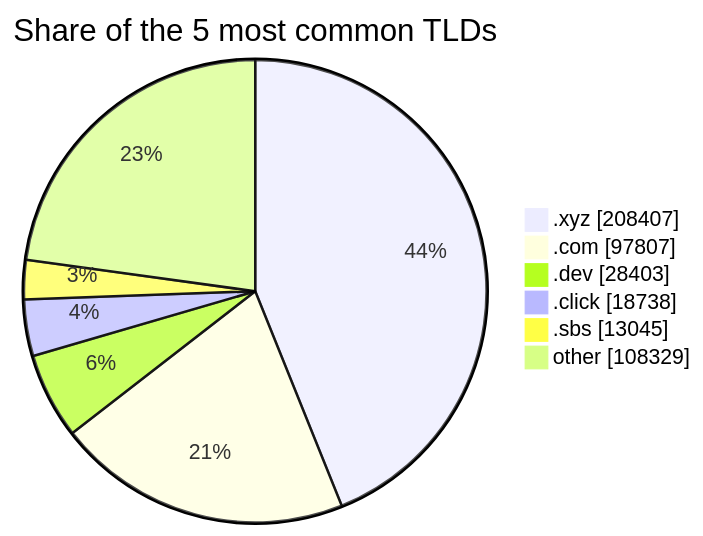
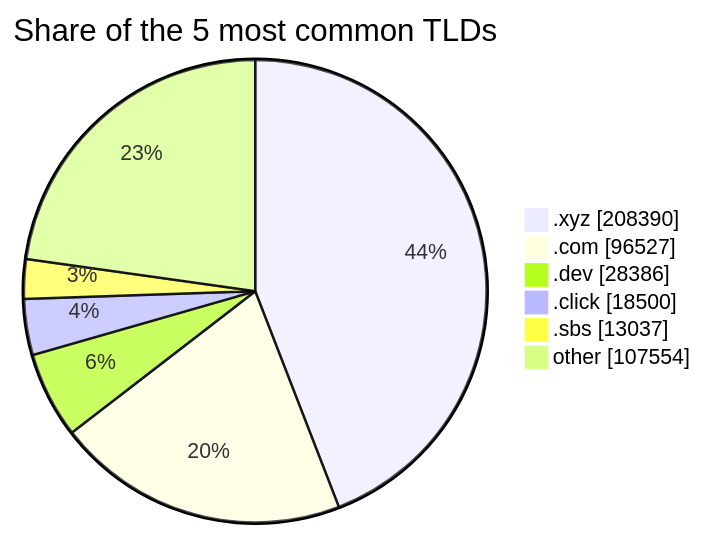
One commit to DNSBunker/CTI changed the second of 2 diagrams in README.md. Above: the diagram before and after it, drawn with Mermaid. The commit also changed other lines of this file and 3 other files, not shown here.

````diff
--- a/README.md
+++ b/README.md
@@ -72,9 +72,9 @@
 ```mermaid
 pie showData title Share of the 5 most common TLDs
-    ".xyz" : 208407
-    ".com" : 97807
-    ".dev" : 28403
-    ".click" : 18738
-    ".sbs" : 13045
-    "other" : 108329
+    ".xyz" : 208390
+    ".com" : 96527
+    ".dev" : 28386
+    ".click" : 18500
+    ".sbs" : 13037
+    "other" : 107554
 ```
````
